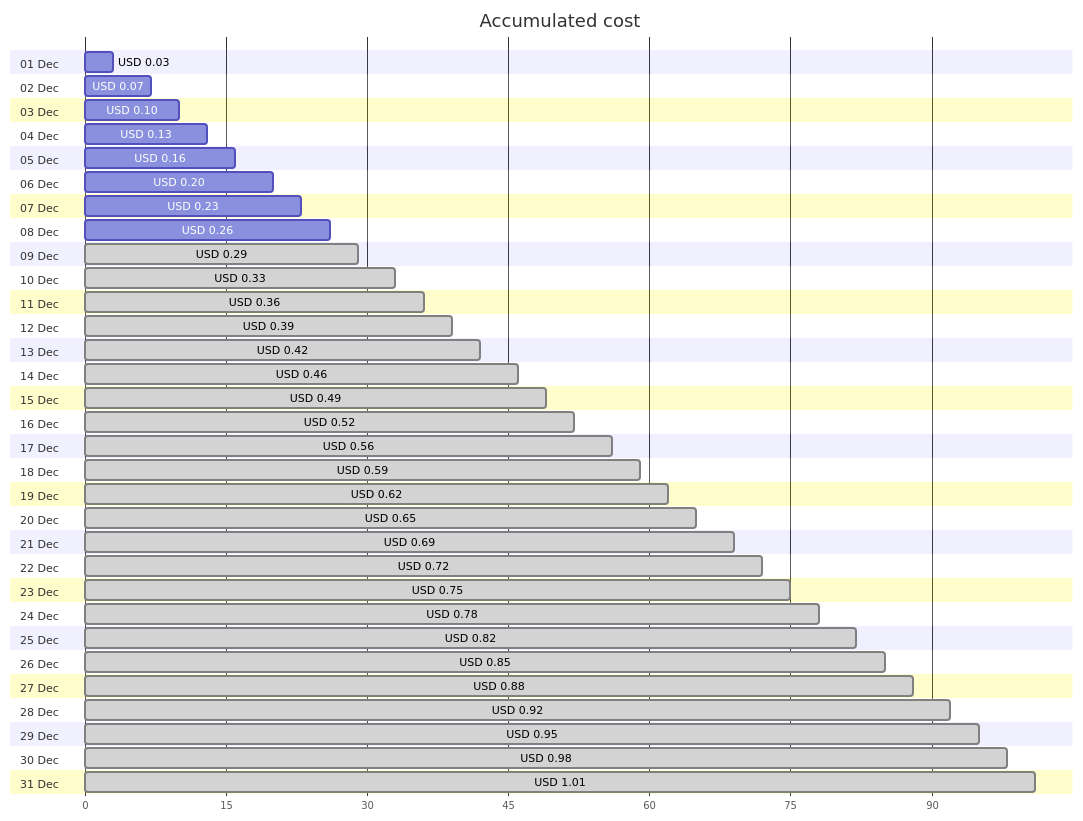
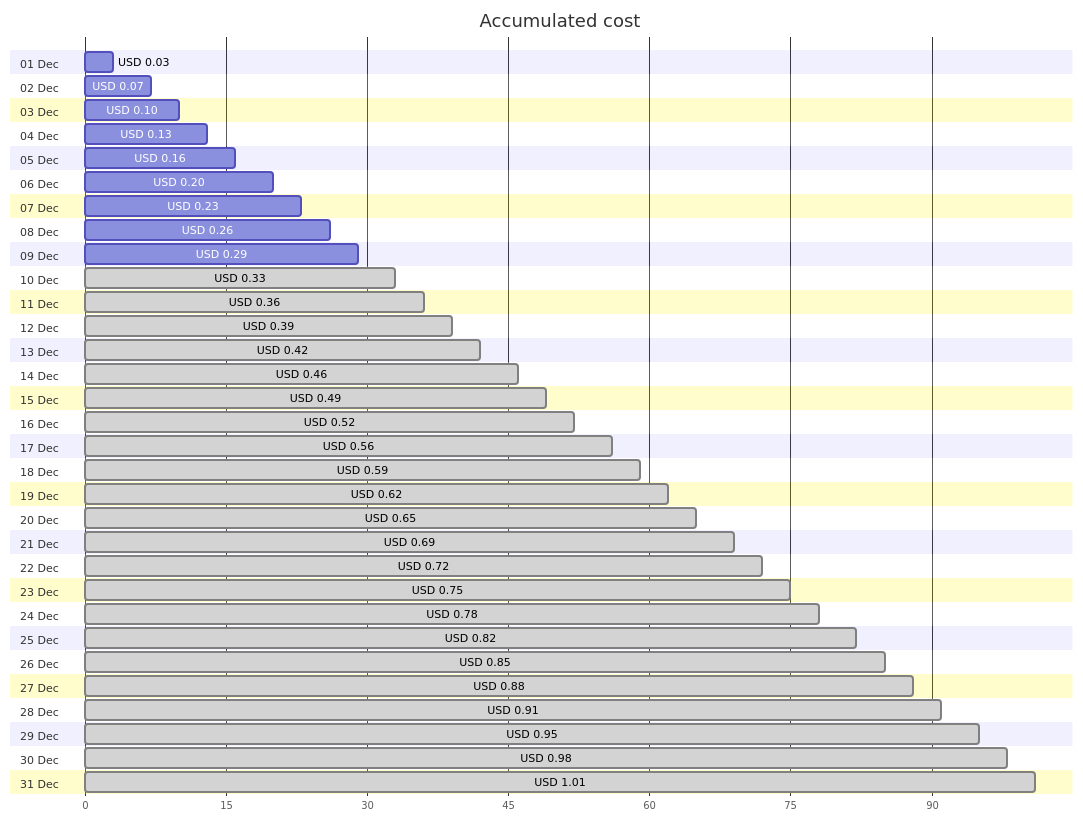
One commit to jpfulton/azure-personal-reports changed the first of 4 diagrams in cost-reports/personal-dns/README.md. Above: the diagram before and after it, drawn with Mermaid. The commit also changed other lines of this file and 2 other files, not shown here.

````diff
--- a/cost-reports/personal-dns/README.md
+++ b/cost-reports/personal-dns/README.md
@@ -20,68 +20,68 @@
 ```mermaid
 gantt
    title Accumulated cost
    dateFormat  X
    axisFormat %s
    section 01 Dec
    USD 0.03 :0, 3
    section 02 Dec
    USD 0.07 :0, 7
    section 03 Dec
    USD 0.10 :0, 10
    section 04 Dec
    USD 0.13 :0, 13
    section 05 Dec
    USD 0.16 :0, 16
    section 06 Dec
    USD 0.20 :0, 20
    section 07 Dec
    USD 0.23 :0, 23
    section 08 Dec
    USD 0.26 :0, 26
    section 09 Dec
-   USD 0.29 : done, 0, 29
+   USD 0.29 :0, 29
    section 10 Dec
    USD 0.33 : done, 0, 33
    section 11 Dec
    USD 0.36 : done, 0, 36
    section 12 Dec
    USD 0.39 : done, 0, 39
    section 13 Dec
    USD 0.42 : done, 0, 42
    section 14 Dec
    USD 0.46 : done, 0, 46
    section 15 Dec
    USD 0.49 : done, 0, 49
    section 16 Dec
    USD 0.52 : done, 0, 52
    section 17 Dec
    USD 0.56 : done, 0, 56
    section 18 Dec
    USD 0.59 : done, 0, 59
    section 19 Dec
    USD 0.62 : done, 0, 62
    section 20 Dec
    USD 0.65 : done, 0, 65
    section 21 Dec
    USD 0.69 : done, 0, 69
    section 22 Dec
    USD 0.72 : done, 0, 72
    section 23 Dec
    USD 0.75 : done, 0, 75
    section 24 Dec
    USD 0.78 : done, 0, 78
    section 25 Dec
    USD 0.82 : done, 0, 82
    section 26 Dec
    USD 0.85 : done, 0, 85
    section 27 Dec
    USD 0.88 : done, 0, 88
    section 28 Dec
-   USD 0.92 : done, 0, 92
+   USD 0.91 : done, 0, 91
    section 29 Dec
    USD 0.95 : done, 0, 95
    section 30 Dec
    USD 0.98 : done, 0, 98
    section 31 Dec
    USD 1.01 : done, 0, 101
 ```
````
